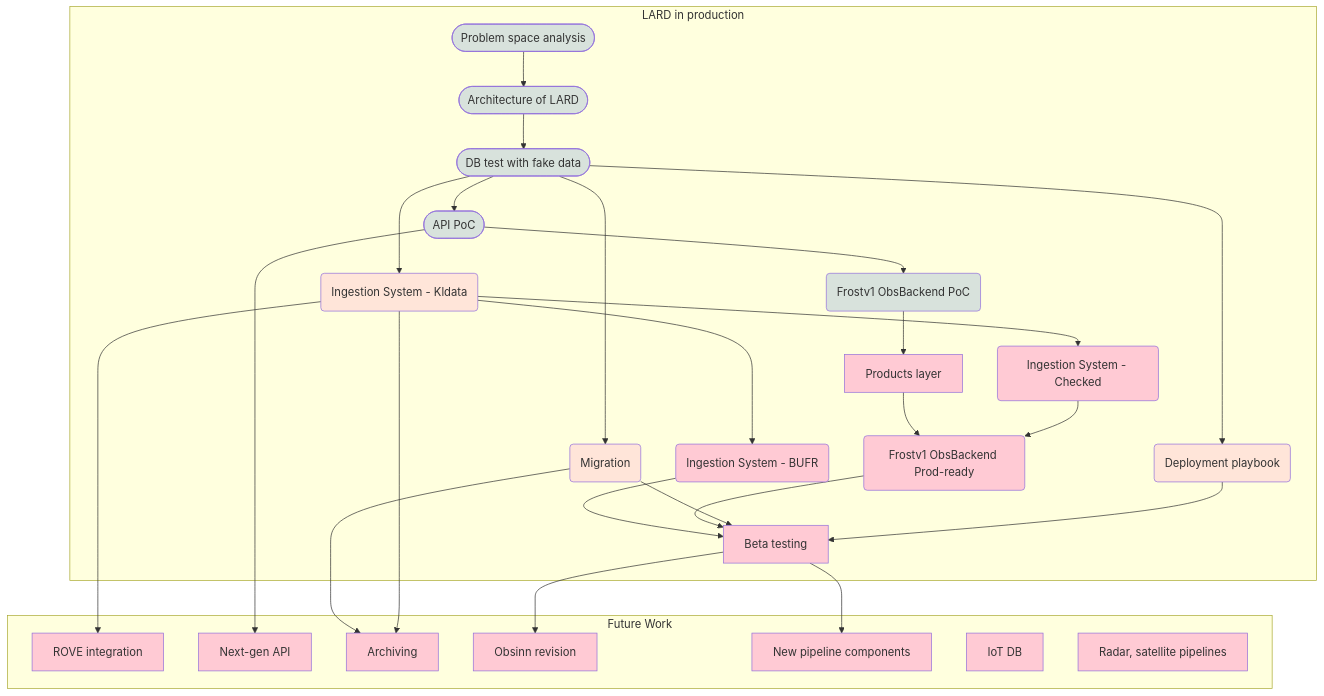
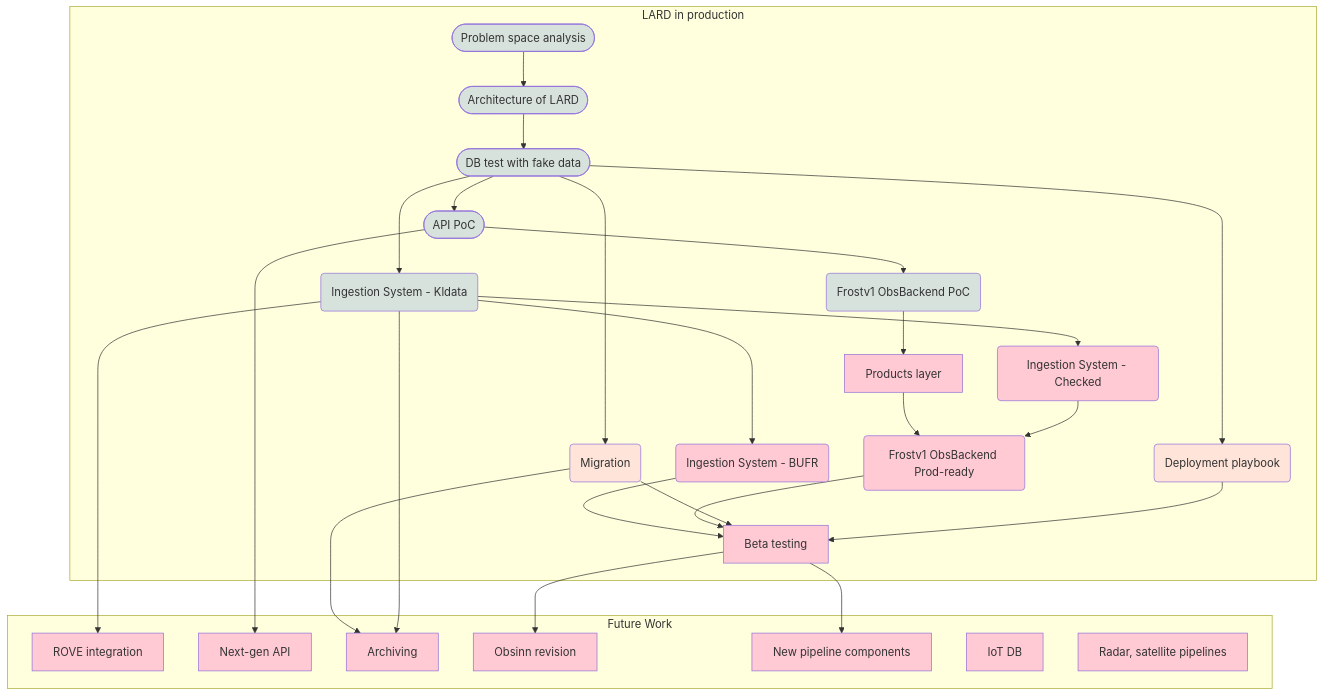
One commit to metno/lard changed the diagram in README.md. Above: the diagram before and after it, drawn with Mermaid.

Commit message:
README: mark basic ingestion as done in flowchard

````diff
--- a/README.md
+++ b/README.md
@@ -3,46 +3,46 @@
 ```mermaid
 flowchart TD
     subgraph lard[LARD in production]
         psa([Problem space analysis]):::done
         arc([Architecture of LARD]):::done
         test([DB test with fake data]):::done
         poc([API PoC]):::done
         frostb1(Frostv1 ObsBackend PoC):::done
+        ingestkldata(Ingestion System - Kldata):::done
 
-        ingestkldata(Ingestion System - Kldata):::wip
         migrate(Migration):::wip
         depl(Deployment playbook):::wip
 
         ingestbufr(Ingestion System - BUFR):::backlog
         ingestchecked(Ingestion System - Checked):::backlog
         products[Products layer]:::backlog
         frostb2(Frostv1 ObsBackend Prod-ready):::backlog
         beta[Beta testing]:::backlog
 
         psa --> arc
         arc --> test
         test --> poc & ingestkldata & migrate & depl
         poc --> frostb1
         frostb1 --> products
         ingestkldata --> ingestbufr & ingestchecked
         products & ingestchecked --> frostb2
         ingestbufr & frostb2 & migrate & depl --> beta
     end
     subgraph "Future Work"
         rove[ROVE integration]:::backlog
         next[Next-gen API]:::backlog
         archive[Archiving]:::backlog
         obsinn[Obsinn revision]:::backlog
         pipe[New pipeline components]:::backlog
         iot[IoT DB]:::backlog
         radsat[Radar, satellite pipelines]:::backlog
     end
     poc --> next
     migrate & ingestkldata --> archive
     beta --> obsinn & pipe
     ingestkldata --> rove
 
     classDef done fill:#d8e2dc
     classDef wip fill:#ffe5d9
     classDef backlog fill:#ffcad4
 ```
````
